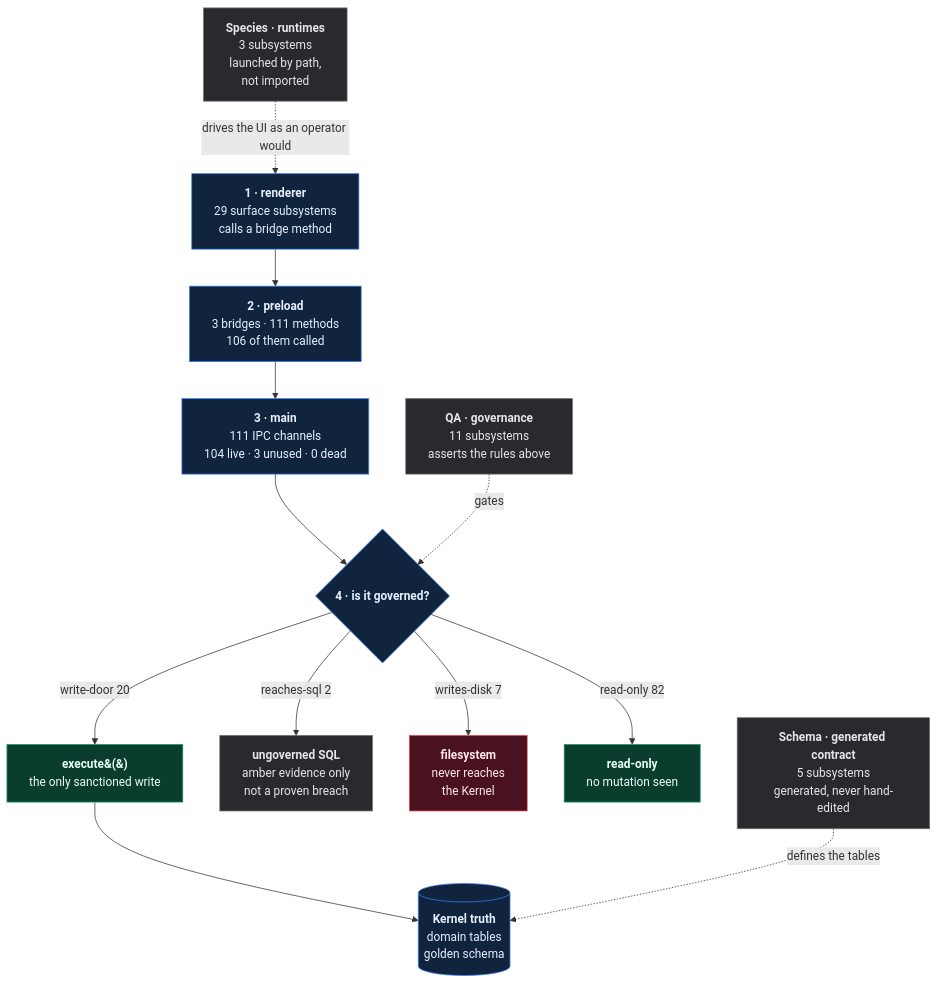
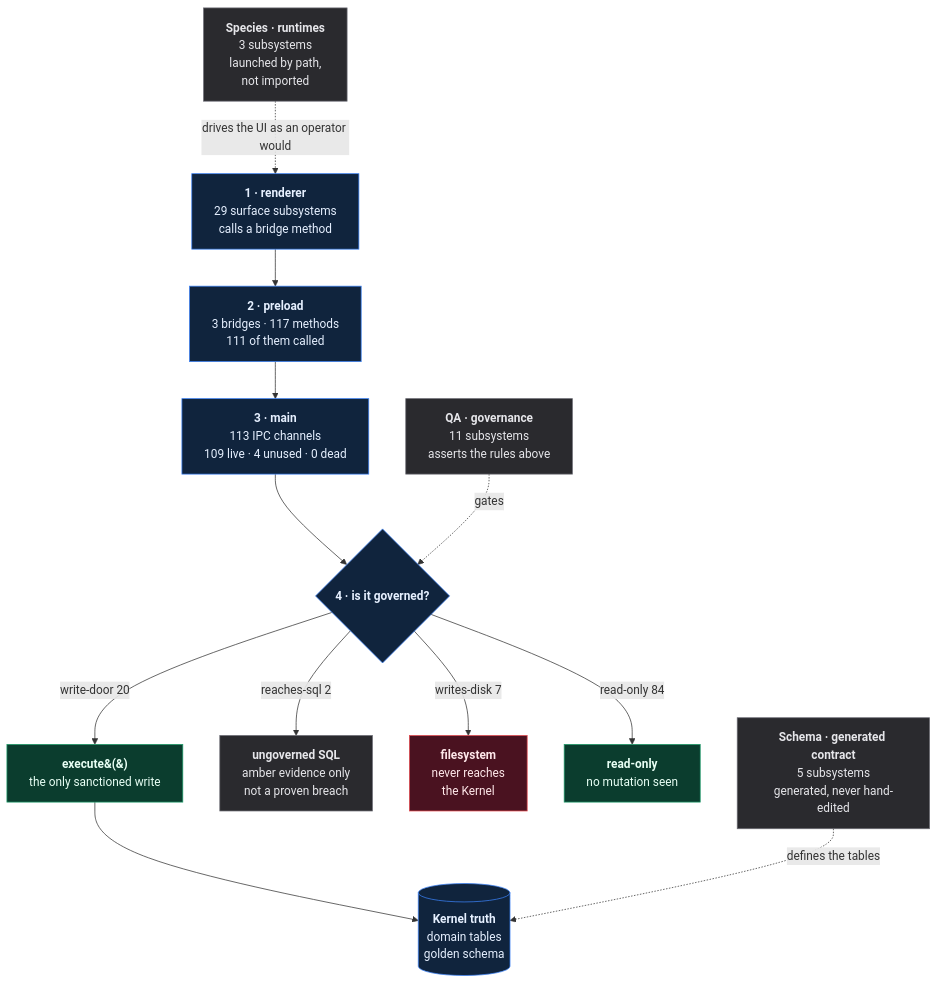
Before and after one commit to SidNig21/QuantFlow-Ontology: the diagram in qf-atlas/ATLAS.md, drawn with Mermaid. The commit also changed other lines of this file and 45 other files, not shown here.

````diff
--- a/qf-atlas/ATLAS.md
+++ b/qf-atlas/ATLAS.md
@@ -32,35 +32,35 @@
 ```mermaid
 flowchart TD
   R["<b>1 · renderer</b><br/>29 surface subsystems<br/>calls a bridge method"]
-  P["<b>2 · preload</b><br/>3 bridges · 111 methods<br/>106 of them called"]
-  M["<b>3 · main</b><br/>111 IPC channels<br/>104 live · 3 unused · 0 dead"]
+  P["<b>2 · preload</b><br/>3 bridges · 117 methods<br/>111 of them called"]
+  M["<b>3 · main</b><br/>113 IPC channels<br/>109 live · 4 unused · 0 dead"]
   H{"<b>4 · is it governed?</b>"}
   E["<b>execute&#40;&#41;</b><br/>the only sanctioned write"]
   DB[("<b>Kernel truth</b><br/>domain tables<br/>golden schema")]
 
   R --> P --> M --> H
   H -->|"write-door 20"| E
   E --> DB
   A["<b>ungoverned SQL</b><br/>amber evidence only<br/>not a proven breach"]
   H -->|"reaches-sql 2"| A
   FS["<b>filesystem</b><br/>never reaches<br/>the Kernel"]
   H -->|"writes-disk 7"| FS
   RO["<b>read-only</b><br/>no mutation seen"]
-  H -->|"read-only 82"| RO
+  H -->|"read-only 84"| RO
 
   QA["<b>QA · governance</b><br/>11 subsystems<br/>asserts the rules above"]
   SP["<b>Species · runtimes</b><br/>3 subsystems<br/>launched by path,<br/>not imported"]
   SC["<b>Schema · generated contract</b><br/>5 subsystems<br/>generated, never hand-edited"]
   QA -.->|"gates"| H
   SC -.->|"defines the tables"| DB
   SP -.->|"drives the UI as an operator would"| R
 
   classDef good fill:#0b3d2e,stroke:#1f9d6b,color:#e8fff5
   classDef bad fill:#4a1220,stroke:#e5484d,color:#ffe8ea
   classDef gray fill:#2a2a2e,stroke:#6b6b73,color:#e6e6ea
   classDef truth fill:#10243d,stroke:#3b82f6,color:#e6f0ff
   class E,RO good
   class FS bad
   class A,QA,SP,SC gray
   class DB,R,P,M,H truth
 ```
````
